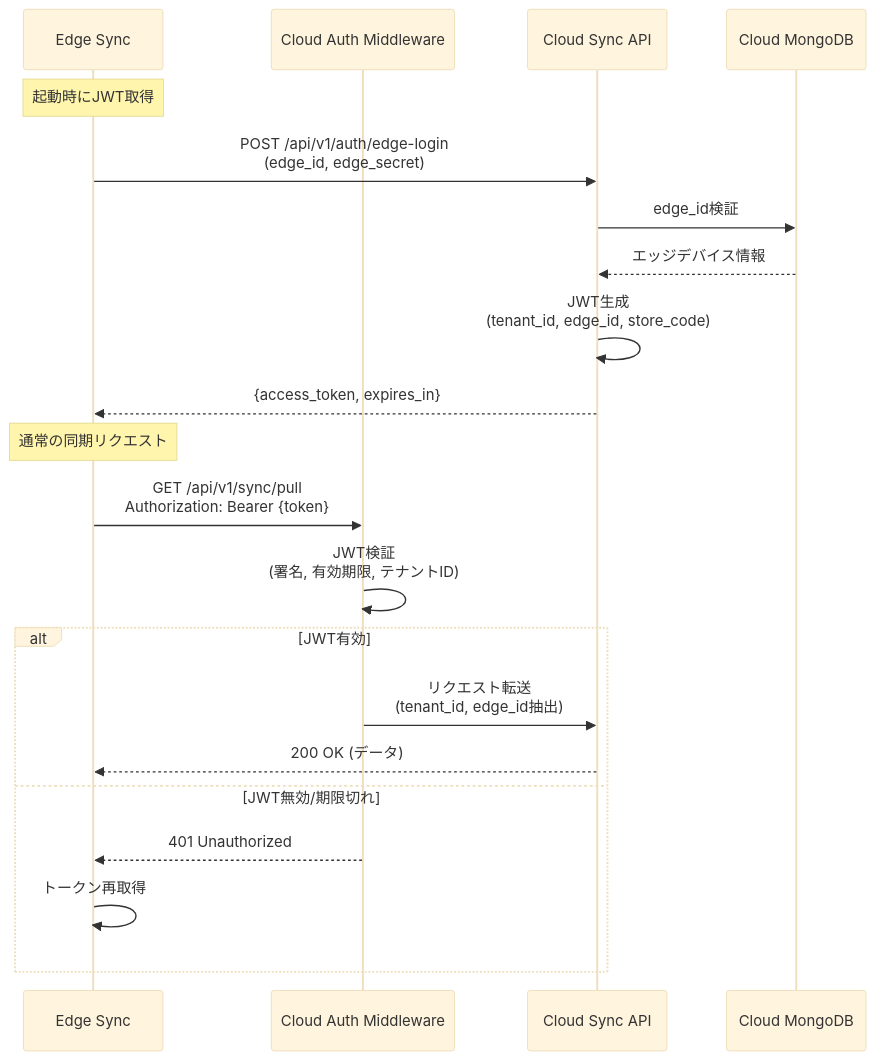
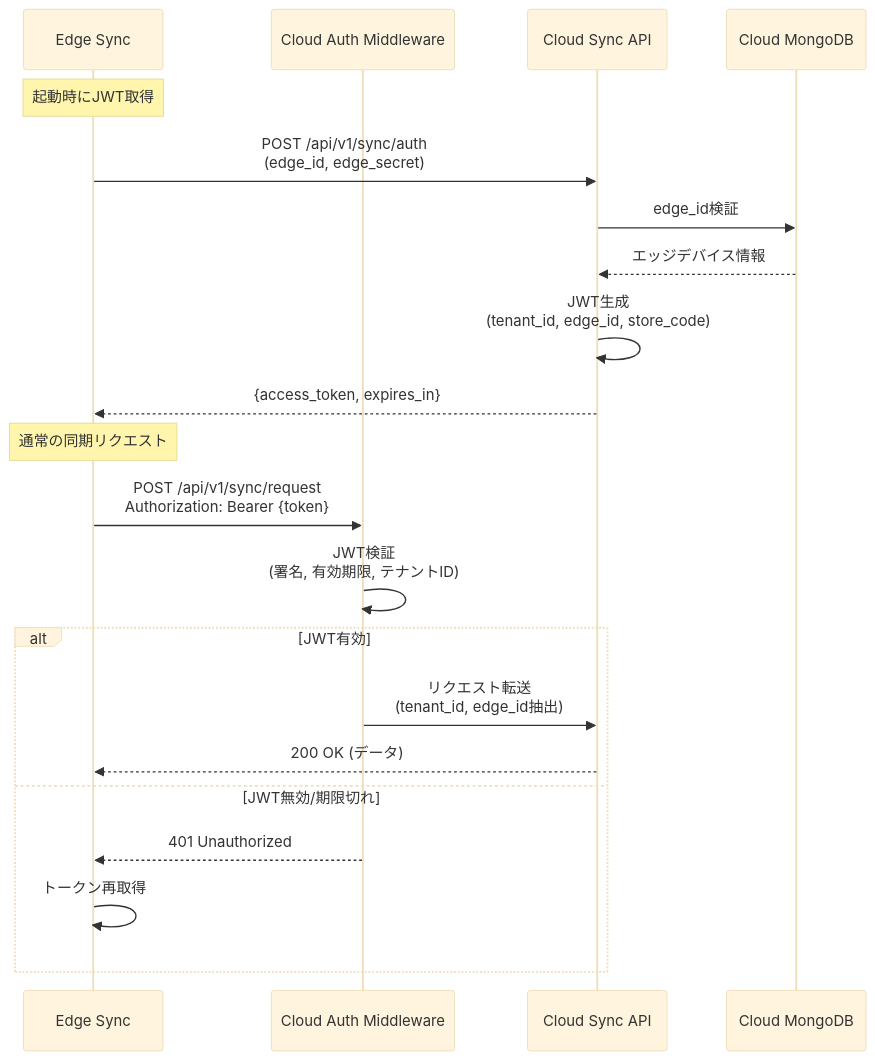
One commit to gaocuiping/kugelpos-stpos-docs-new changed diagram 29 of 32 in notes/1-sync/03_アーキテクチャー解説書.md. Above: the diagram before and after it, drawn with Mermaid (base theme). The commit also changed other lines of this file and 1 other file, not shown here.

First line of the commit message:
docs: Sync Serviceのエンドポイントをすべて/api/v1/syncプレフィックスに統一 #1

````diff
--- a/notes/1-sync/03_アーキテクチャー解説書.md
+++ b/notes/1-sync/03_アーキテクチャー解説書.md
@@ -1683,28 +1683,28 @@
 ```mermaid
 sequenceDiagram
     participant EdgeSync as Edge Sync
     participant CloudAuth as Cloud Auth Middleware
     participant CloudSync as Cloud Sync API
     participant CloudDB as Cloud MongoDB
 
     Note over EdgeSync: 起動時にJWT取得
 
-    EdgeSync->>CloudSync: POST /api/v1/auth/edge-login<br/>(edge_id, edge_secret)
+    EdgeSync->>CloudSync: POST /api/v1/sync/auth<br/>(edge_id, edge_secret)
     CloudSync->>CloudDB: edge_id検証
     CloudDB-->>CloudSync: エッジデバイス情報
     CloudSync->>CloudSync: JWT生成<br/>(tenant_id, edge_id, store_code)
     CloudSync-->>EdgeSync: {access_token, expires_in}
 
     Note over EdgeSync: 通常の同期リクエスト
 
-    EdgeSync->>CloudAuth: GET /api/v1/sync/pull<br/>Authorization: Bearer {token}
+    EdgeSync->>CloudAuth: POST /api/v1/sync/request<br/>Authorization: Bearer {token}
     CloudAuth->>CloudAuth: JWT検証<br/>(署名, 有効期限, テナントID)
 
     alt JWT有効
         CloudAuth->>CloudSync: リクエスト転送<br/>(tenant_id, edge_id抽出)
         CloudSync-->>EdgeSync: 200 OK (データ)
     else JWT無効/期限切れ
         CloudAuth-->>EdgeSync: 401 Unauthorized
         EdgeSync->>EdgeSync: トークン再取得
     end
 ```
````
